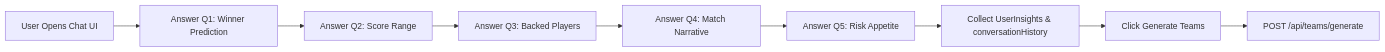
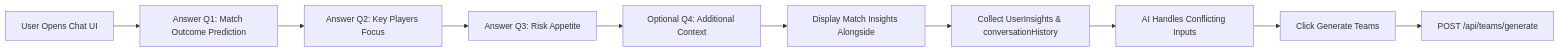
Before and after one commit to AI-Intern2025/dream11_multiteam_creation: the first of 2 diagrams in STRATEGY1_DOCUMENTATION.md, drawn with Mermaid. The commit also changed other lines of this file and 105 other files, not shown here.

````diff
--- a/STRATEGY1_DOCUMENTATION.md
+++ b/STRATEGY1_DOCUMENTATION.md
@@ -35,11 +52,12 @@
 ```mermaid
 flowchart LR
-  A[User Opens Chat UI] --> B[Answer Q1: Winner Prediction]
-  B --> C[Answer Q2: Score Range]
-  C --> D[Answer Q3: Backed Players]
-  D --> E[Answer Q4: Match Narrative]
-  E --> F[Answer Q5: Risk Appetite]
+  A[User Opens Chat UI] --> B[Answer Q1: Match Outcome Prediction]
+  B --> C[Answer Q2: Key Players Focus]
+  C --> D[Answer Q3: Risk Appetite]
+  D --> E[Optional Q4: Additional Context]
+  E --> F[Display Match Insights Alongside]
   F --> G[Collect UserInsights & conversationHistory]
-  G --> H[Click Generate Teams]
-  H --> I[POST /api/teams/generate]
+  G --> H[AI Handles Conflicting Inputs]
+  H --> I[Click Generate Teams]
+  I --> J[POST /api/teams/generate]
 ```
````
